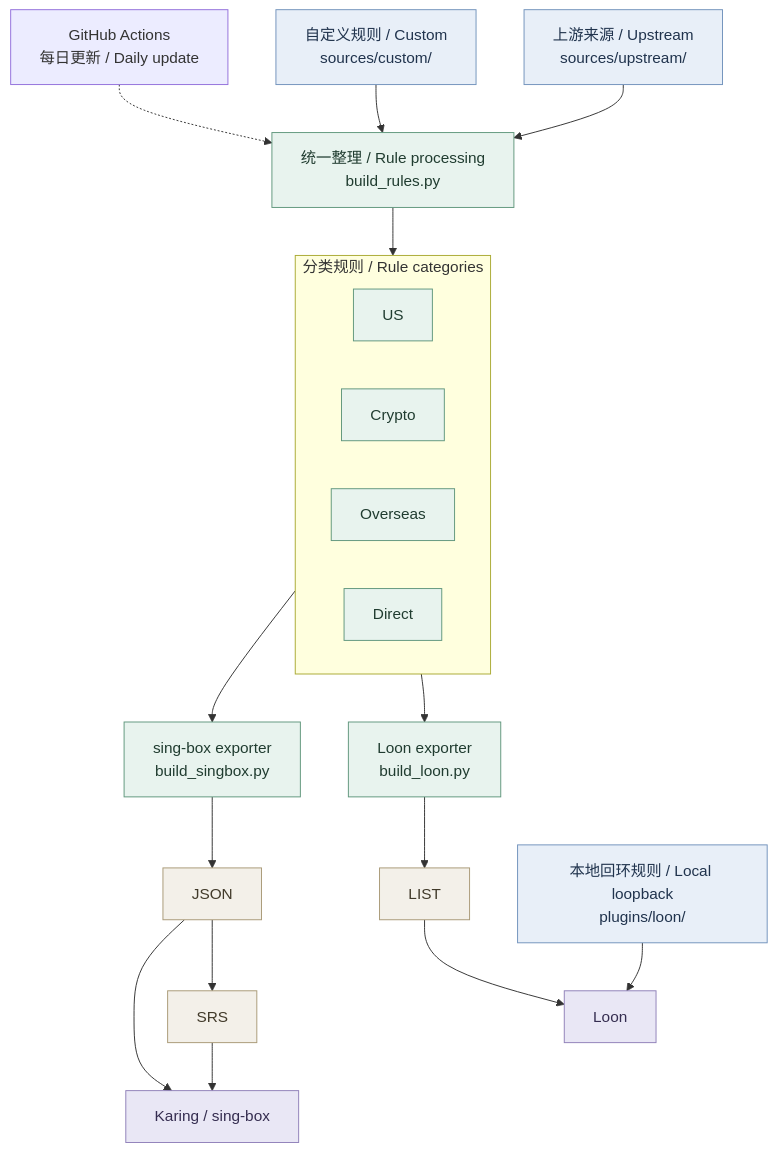
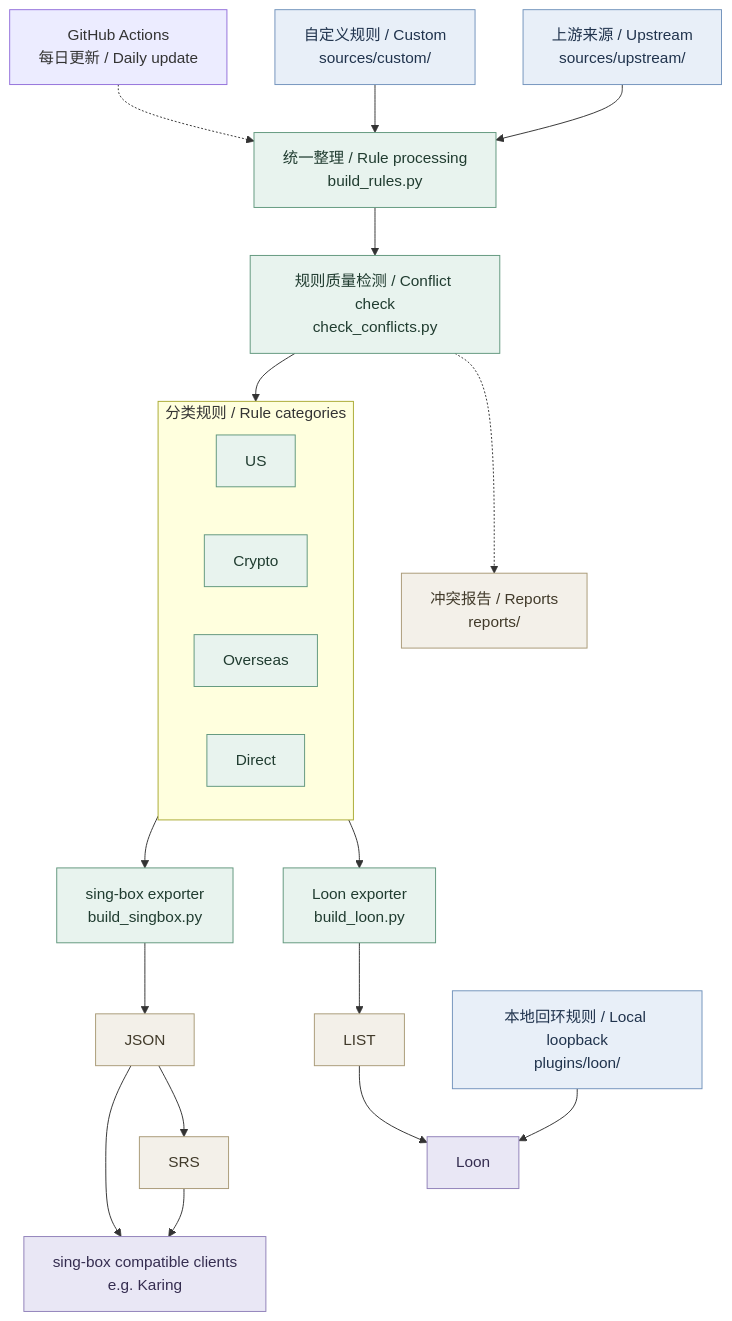
The diagram in README.md (GFStillpoint/RoutingRules), drawn with Mermaid before and after one commit. The commit also changed other lines of this file and 4 other files, not shown here.

First line of the commit message:
Expand Crypto and report conflicts by rule tier

````diff
--- a/README.md
+++ b/README.md
@@ -11,31 +11,34 @@
 ```mermaid
 flowchart TD
     A["上游来源 / Upstream<br/>sources/upstream/"] --> C
     B["自定义规则 / Custom<br/>sources/custom/"] --> C
-    C["统一整理 / Rule processing<br/>build_rules.py"] --> D
+    C["统一整理 / Rule processing<br/>build_rules.py"] --> Q["规则质量检测 / Conflict check<br/>check_conflicts.py"]
+    Q --> D
+    Q -.-> R["冲突报告 / Reports<br/>reports/"]
     subgraph D["分类规则 / Rule categories"]
         direction LR
         US["US"]
         CR["Crypto"]
         OS["Overseas"]
         DI["Direct"]
     end
     D --> E["Loon exporter<br/>build_loon.py"]
     D --> F["sing-box exporter<br/>build_singbox.py"]
     E --> G["LIST"]
     F --> H["JSON"]
     H --> I["SRS"]
     G --> J["Loon"]
-    H --> K["Karing / sing-box"]
+    H --> K["sing-box compatible clients<br/>e.g. Karing"]
     I --> K
     P["本地回环规则 / Local loopback<br/>plugins/loon/"] --> J
     W["GitHub Actions<br/>每日更新 / Daily update"] -.-> C
     classDef source fill:#e8eff8,stroke:#7293bc,color:#20334d
     classDef process fill:#e8f3ee,stroke:#61977d,color:#203c30
     classDef format fill:#f3f0e9,stroke:#a99a77,color:#413a2a
     classDef client fill:#e9e7f5,stroke:#9081b9,color:#352d50
     class A,B,P source
-    class C,US,CR,OS,DI,E,F process
+    class C,Q,US,CR,OS,DI,E,F process
+    class R format
     class G,H,I format
     class J,K client
 ```
````
